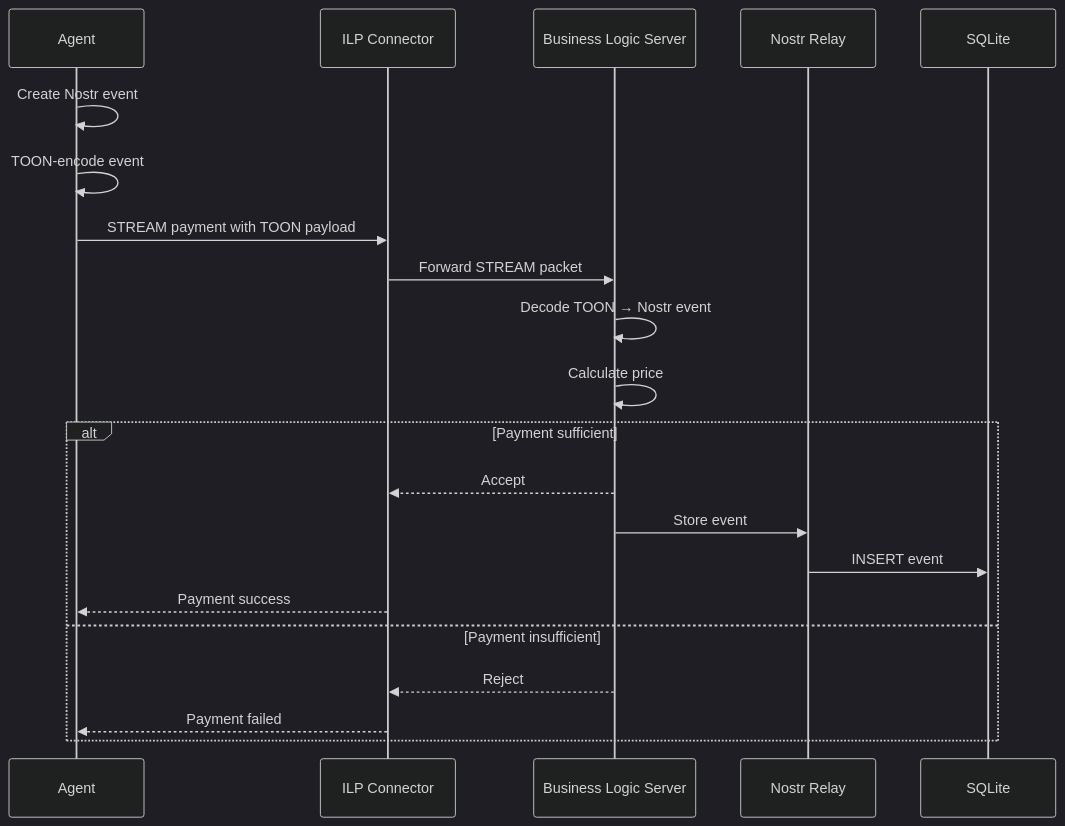
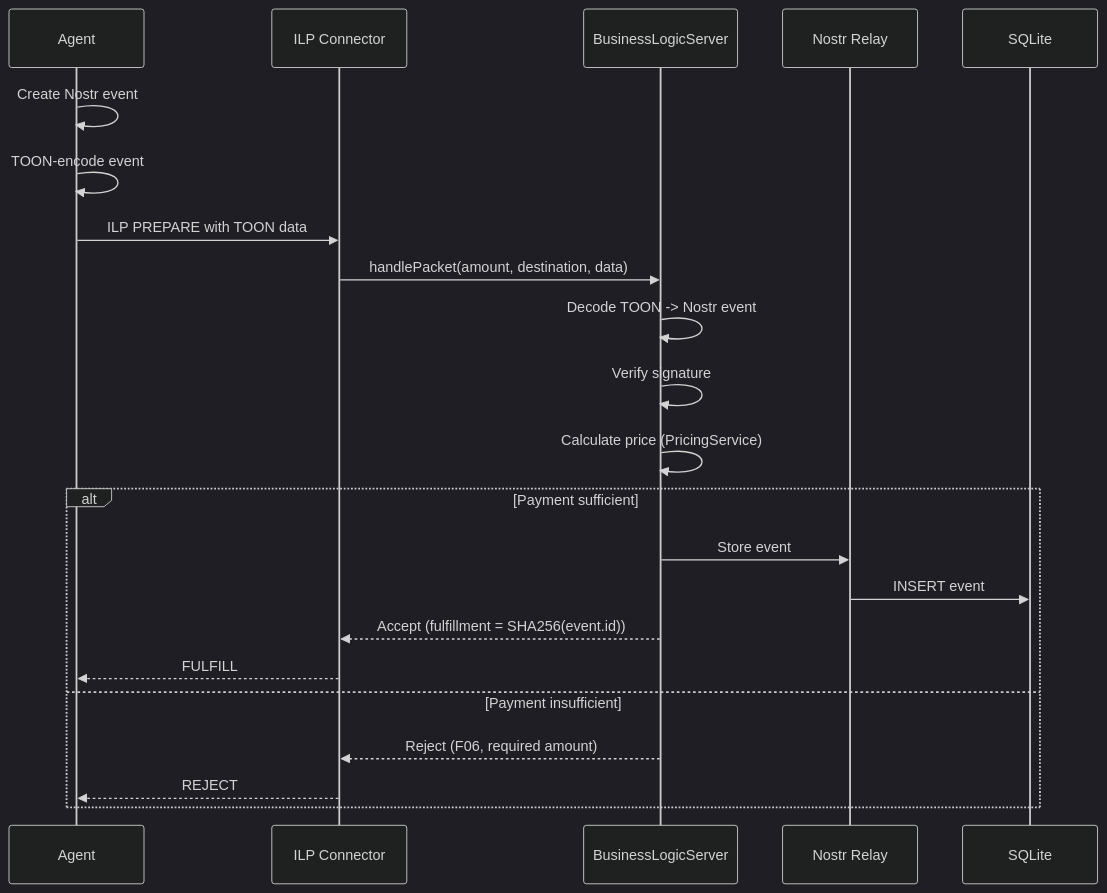
Before and after one commit to ALLiDoizCode/crosstown: the third of 7 diagrams in docs/architecture/7-core-workflows.md, drawn with Mermaid (dark theme). The commit also changed other lines of this file and 203 other files, not shown here.

````diff
--- a/docs/architecture/7-core-workflows.md
+++ b/docs/architecture/7-core-workflows.md
@@ -57,26 +68,27 @@
 ```mermaid
 sequenceDiagram
     participant Agent
     participant Connector as ILP Connector
-    participant BLS as Business Logic Server
+    participant BLS as BusinessLogicServer
     participant Relay as Nostr Relay
     participant DB as SQLite
 
     Agent->>Agent: Create Nostr event
     Agent->>Agent: TOON-encode event
-    Agent->>Connector: STREAM payment with TOON payload
-    Connector->>BLS: Forward STREAM packet
+    Agent->>Connector: ILP PREPARE with TOON data
+    Connector->>BLS: handlePacket(amount, destination, data)
 
-    BLS->>BLS: Decode TOON → Nostr event
-    BLS->>BLS: Calculate price
+    BLS->>BLS: Decode TOON -> Nostr event
+    BLS->>BLS: Verify signature
+    BLS->>BLS: Calculate price (PricingService)
 
     alt Payment sufficient
-        BLS-->>Connector: Accept
         BLS->>Relay: Store event
         Relay->>DB: INSERT event
-        Connector-->>Agent: Payment success
+        BLS-->>Connector: Accept (fulfillment = SHA256(event.id))
+        Connector-->>Agent: FULFILL
     else Payment insufficient
-        BLS-->>Connector: Reject
-        Connector-->>Agent: Payment failed
+        BLS-->>Connector: Reject (F06, required amount)
+        Connector-->>Agent: REJECT
     end
 ```
````
